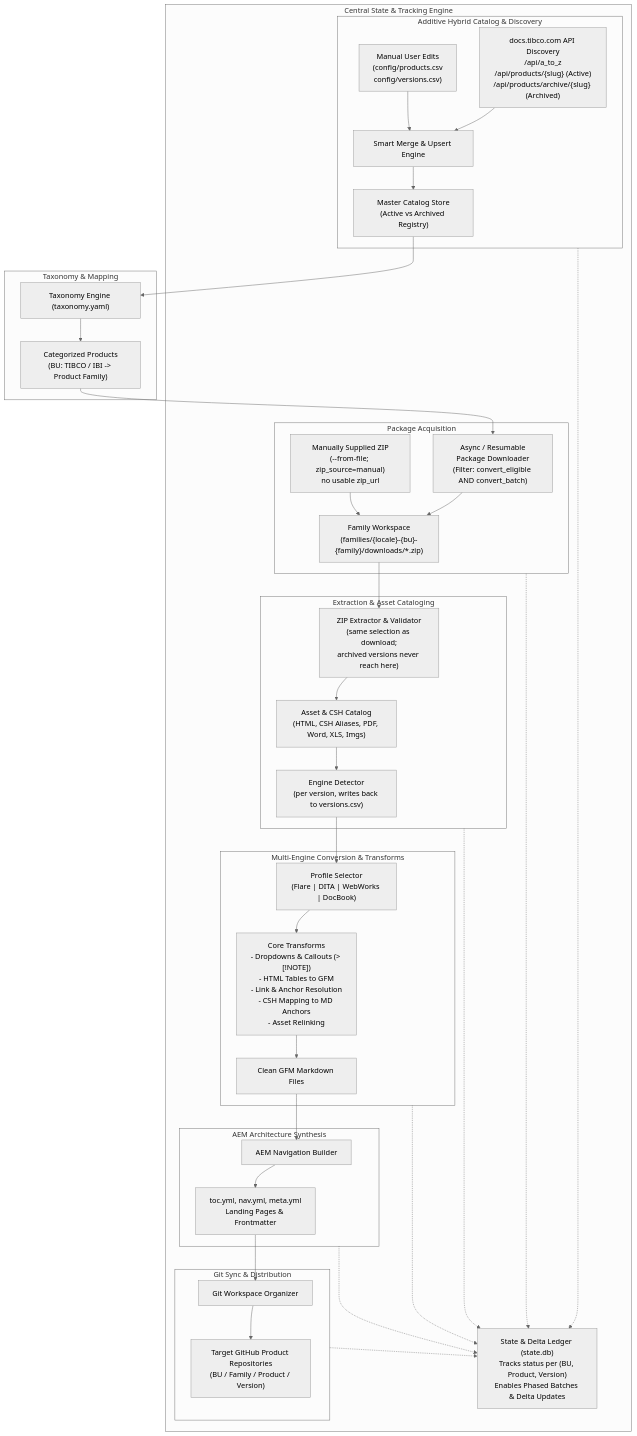
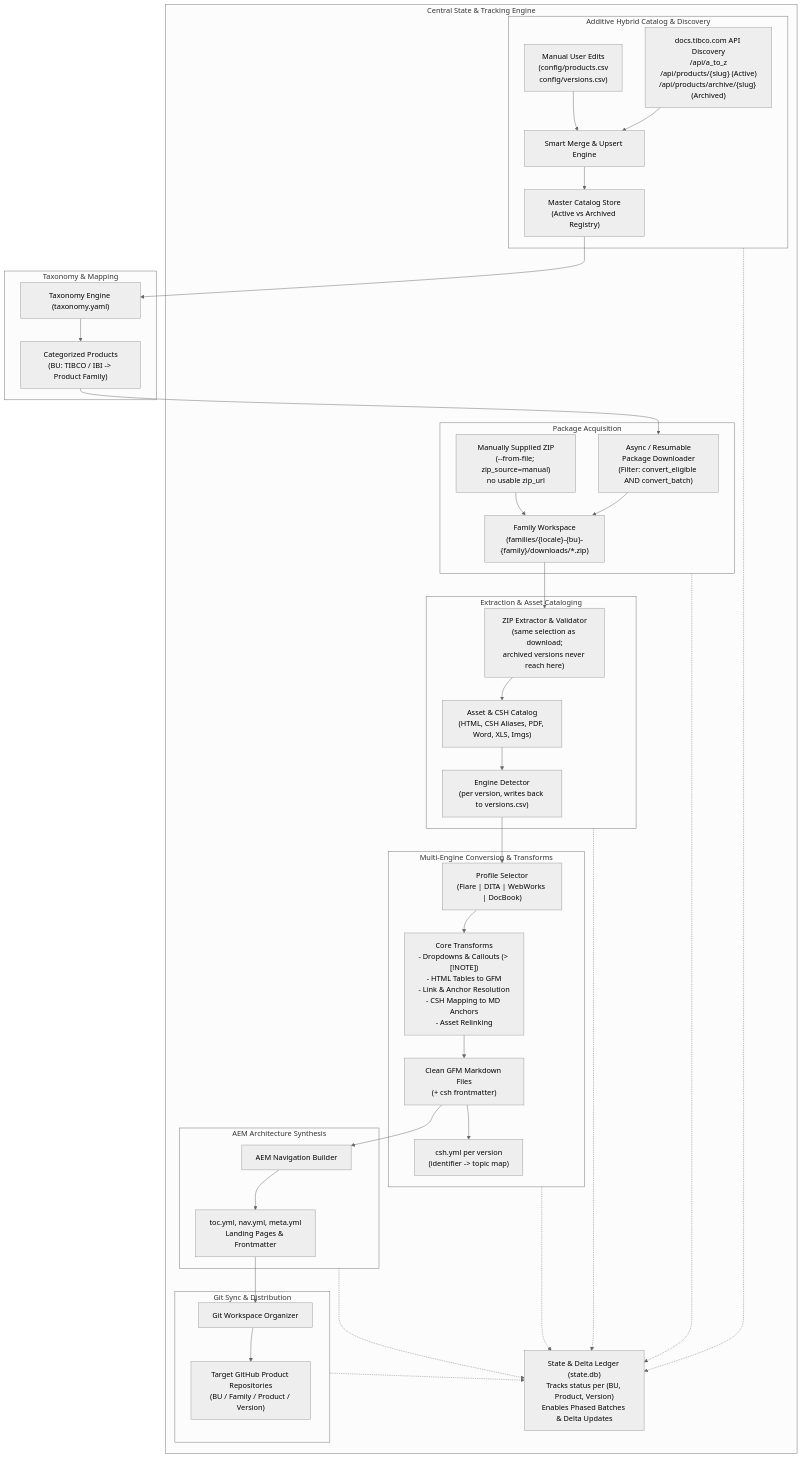
One commit to magrawal-tibco/docushift-tool changed the diagram in docs/architecture.md. Above: the diagram before and after it, drawn with Mermaid (neutral theme). The commit also changed other lines of this file and 6 other files, not shown here.

````diff
--- a/docs/architecture.md
+++ b/docs/architecture.md
@@ -15,51 +17,52 @@
 ```mermaid
 flowchart TD
     subgraph Catalog["Additive Hybrid Catalog & Discovery"]
         D1["docs.tibco.com API Discovery\n/api/a_to_z\n/api/products/{slug} (Active)\n/api/products/archive/{slug} (Archived)"] --> M1["Smart Merge & Upsert Engine"]
         M2["Manual User Edits\n(config/products.csv\nconfig/versions.csv)"] --> M1
         M1 --> CAT["Master Catalog Store\n(Active vs Archived Registry)"]
     end
 
     subgraph Taxonomy["Taxonomy & Mapping"]
         CAT --> T1["Taxonomy Engine (taxonomy.yaml)"]
         T1 --> T2["Categorized Products\n(BU: TIBCO / IBI -> Product Family)"]
     end
 
     subgraph Download["Package Acquisition"]
         T2 --> DW1["Async / Resumable\nPackage Downloader\n(Filter: convert_eligible AND convert_batch)"]
         DW1 --> DW2["Family Workspace\n(families/{locale}-{bu}-{family}/downloads/*.zip)"]
         MZ["Manually Supplied ZIP\n(--from-file; zip_source=manual)\nno usable zip_url"] --> DW2
     end
 
     subgraph Extract["Extraction & Asset Cataloging"]
         DW2 --> EX1["ZIP Extractor & Validator\n(same selection as download;\narchived versions never reach here)"]
         EX1 --> EX2["Asset & CSH Catalog\n(HTML, CSH Aliases, PDF, Word, XLS, Imgs)"]
         EX2 --> EX3["Engine Detector\n(per version, writes back to versions.csv)"]
     end
 
     subgraph Convert["Multi-Engine Conversion & Transforms"]
         EX3 --> C1["Profile Selector\n(Flare | DITA | WebWorks | DocBook)"]
         C1 --> C2["Core Transforms\n- Dropdowns & Callouts (> [!NOTE])\n- HTML Tables to GFM\n- Link & Anchor Resolution\n- CSH Mapping to MD Anchors\n- Asset Relinking"]
-        C2 --> C3["Clean GFM Markdown Files"]
+        C2 --> C3["Clean GFM Markdown Files\n(+ csh frontmatter)"]
+        C3 --> C4["csh.yml per version\n(identifier -> topic map)"]
     end
 
     subgraph AEM["AEM Architecture Synthesis"]
         C3 --> AEM1["AEM Navigation Builder"]
         AEM1 --> AEM2["toc.yml, nav.yml, meta.yml\nLanding Pages & Frontmatter"]
     end
 
     subgraph Sync["Git Sync & Distribution"]
         AEM2 --> G1["Git Workspace Organizer"]
         G1 --> G2["Target GitHub Product Repositories\n(BU / Family / Product / Version)"]
     end
 
     subgraph Central["Central State & Tracking Engine"]
         ST["State & Delta Ledger (state.db)\nTracks status per (BU, Product, Version)\nEnables Phased Batches & Delta Updates"]
         Catalog -.-> ST
         Download -.-> ST
         Extract -.-> ST
         Convert -.-> ST
         AEM -.-> ST
         Sync -.-> ST
     end
 ```
````
